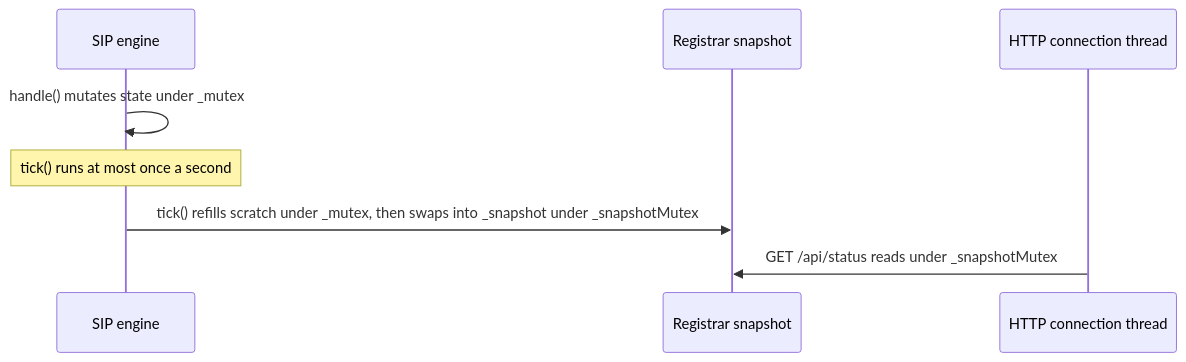
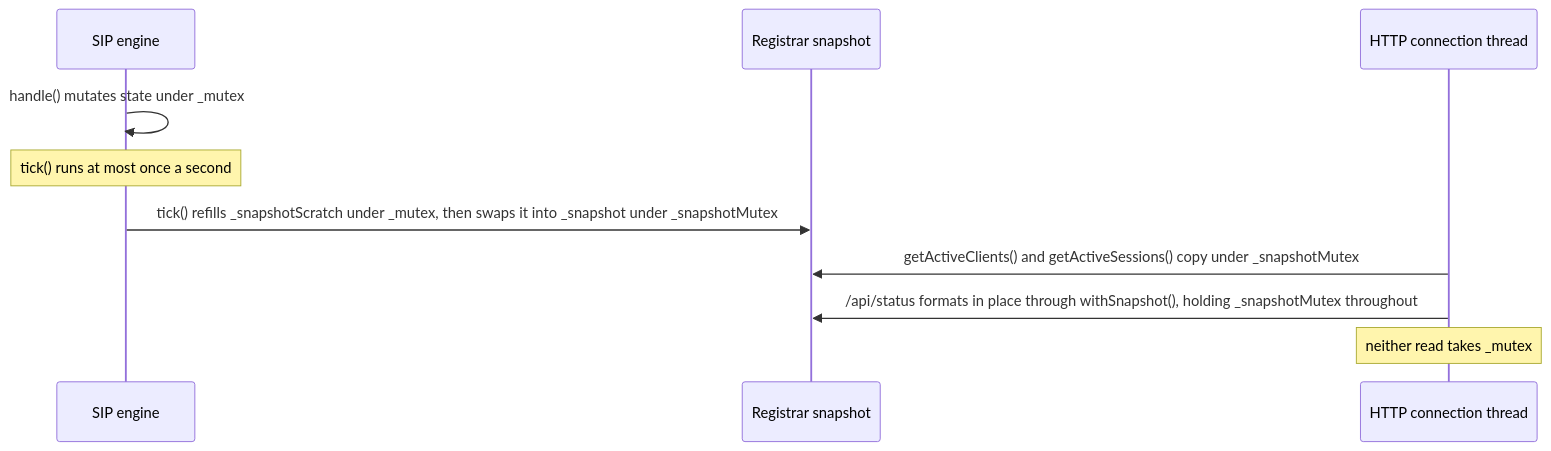
Before and after one commit to GlomarGadaffi/pocket-dial: the third of 4 diagrams in docs/ARCHITECTURE.md, drawn with Mermaid. The commit also changed other lines of this file and 29 other files, not shown here.

First line of the commit message:
docs: make the Mermaid diagrams exact against main (#1105)

````diff
--- a/docs/ARCHITECTURE.md
+++ b/docs/ARCHITECTURE.md
@@ -186,10 +211,12 @@
 ```mermaid
 sequenceDiagram
     participant SIP as SIP engine
     participant Snap as Registrar snapshot
     participant HTTP as HTTP connection thread
     SIP->>SIP: handle() mutates state under _mutex
     Note over SIP: tick() runs at most once a second
-    SIP->>Snap: tick() refills scratch under _mutex, then swaps into _snapshot under _snapshotMutex
-    HTTP->>Snap: GET /api/status reads under _snapshotMutex
+    SIP->>Snap: tick() refills _snapshotScratch under _mutex, then swaps it into _snapshot under _snapshotMutex
+    HTTP->>Snap: getActiveClients() and getActiveSessions() copy under _snapshotMutex
+    HTTP->>Snap: /api/status formats in place through withSnapshot(), holding _snapshotMutex throughout
+    Note over HTTP: neither read takes _mutex
 ```
````
